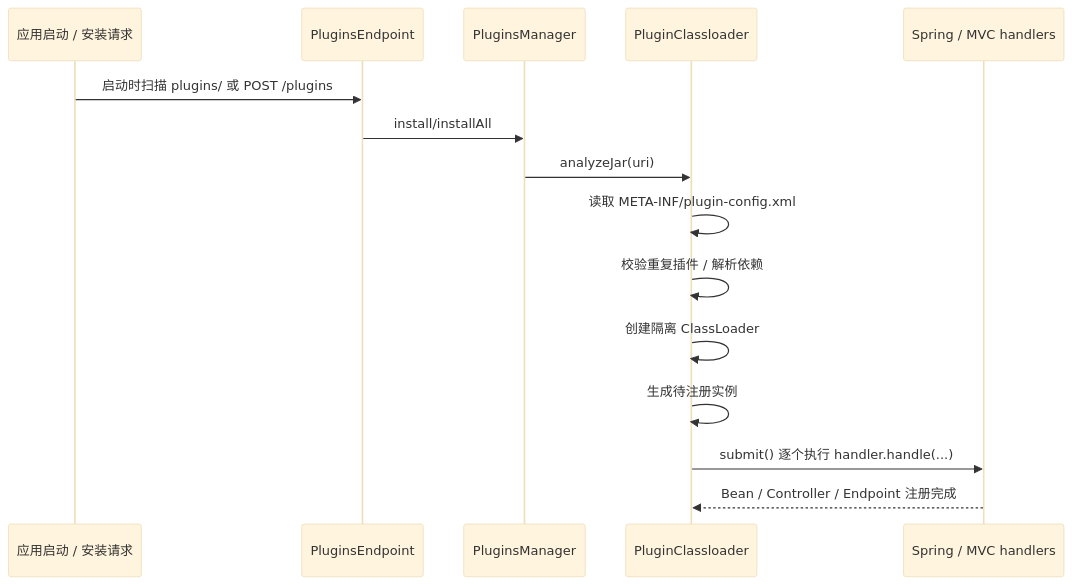
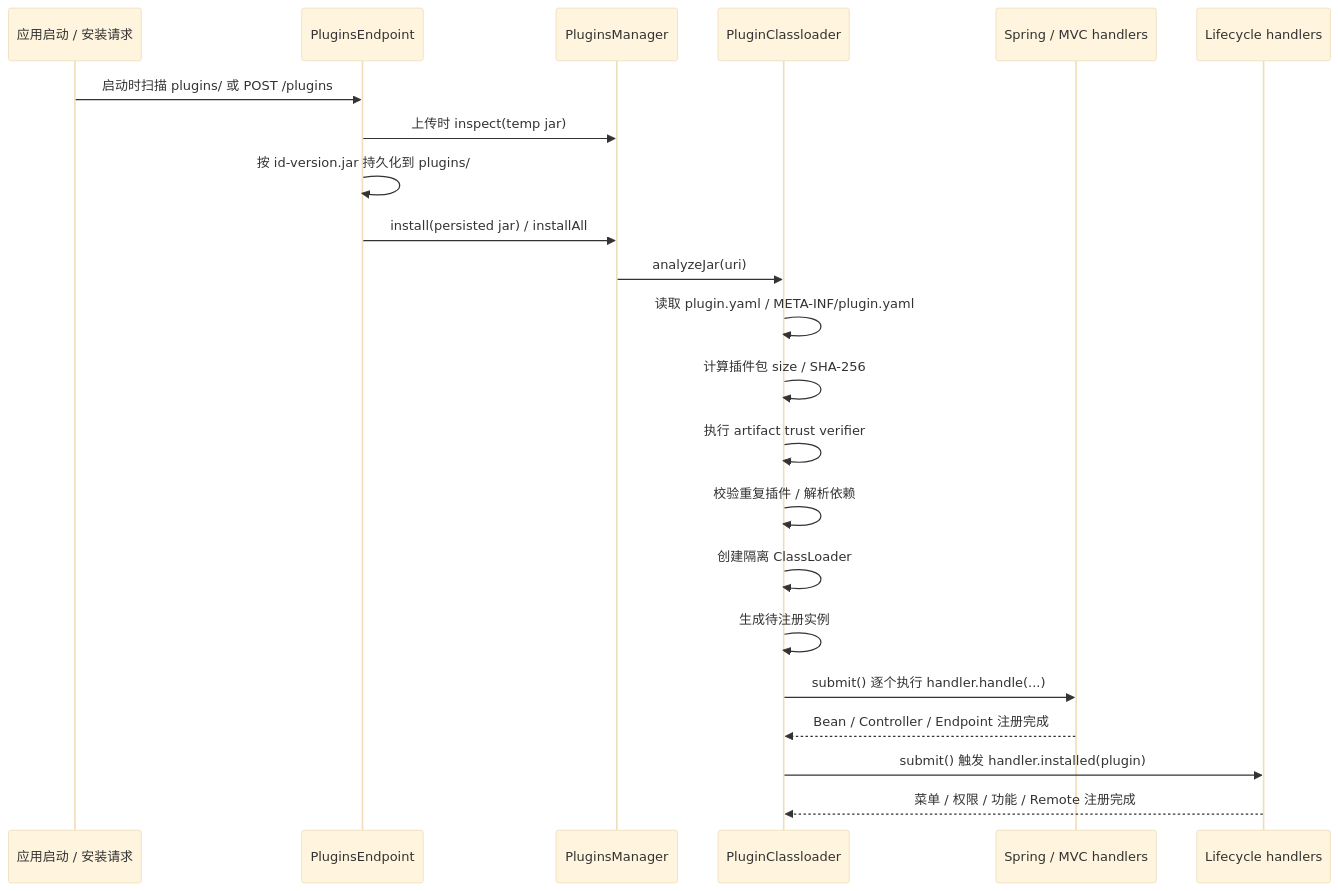
One commit to simplepoint1024/open-simplepoint-dashboard changed the diagram in doc/architecture/plugin_architecture.md. Above: the diagram before and after it, drawn with Mermaid (base theme). The commit also changed other lines of this file and 140 other files, not shown here.

Commit message:
feat(plugin): add runtime plugin architecture

````diff
--- a/doc/architecture/plugin_architecture.md
+++ b/doc/architecture/plugin_architecture.md
@@ -51,18 +63,25 @@
 ```mermaid
 sequenceDiagram
   participant Startup as 应用启动 / 安装请求
   participant Endpoint as PluginsEndpoint
   participant Manager as PluginsManager
   participant Loader as PluginClassloader
   participant Spring as Spring / MVC handlers
+  participant Lifecycle as Lifecycle handlers
 
   Startup->>Endpoint: 启动时扫描 plugins/ 或 POST /plugins
-  Endpoint->>Manager: install/installAll
+  Endpoint->>Manager: 上传时 inspect(temp jar)
+  Endpoint->>Endpoint: 按 id-version.jar 持久化到 plugins/
+  Endpoint->>Manager: install(persisted jar) / installAll
   Manager->>Loader: analyzeJar(uri)
-  Loader->>Loader: 读取 META-INF/plugin-config.xml
+  Loader->>Loader: 读取 plugin.yaml / META-INF/plugin.yaml
+  Loader->>Loader: 计算插件包 size / SHA-256
+  Loader->>Loader: 执行 artifact trust verifier
   Loader->>Loader: 校验重复插件 / 解析依赖
   Loader->>Loader: 创建隔离 ClassLoader
   Loader->>Loader: 生成待注册实例
   Loader->>Spring: submit() 逐个执行 handler.handle(...)
   Spring-->>Loader: Bean / Controller / Endpoint 注册完成
+  Loader->>Lifecycle: submit() 触发 handler.installed(plugin)
+  Lifecycle-->>Loader: 菜单 / 权限 / 功能 / Remote 注册完成
 ```
````
